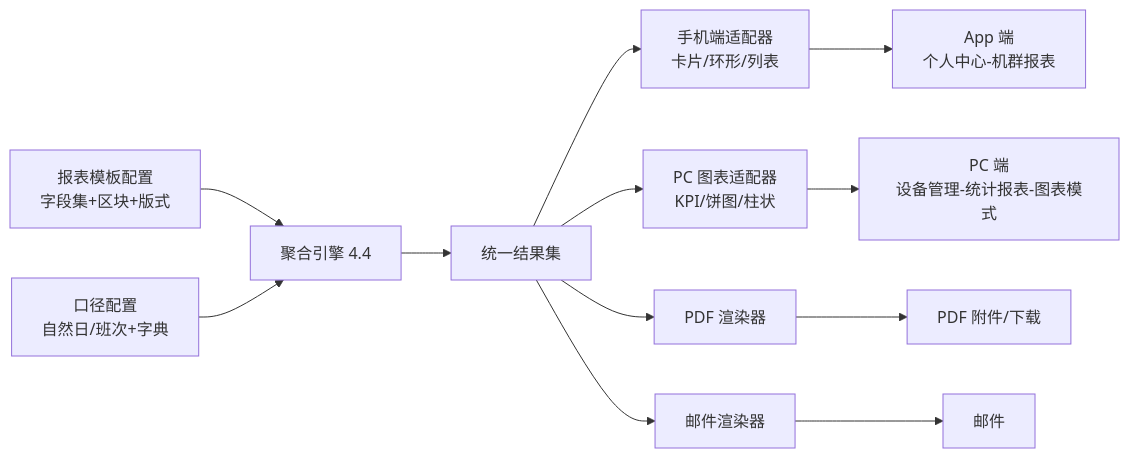
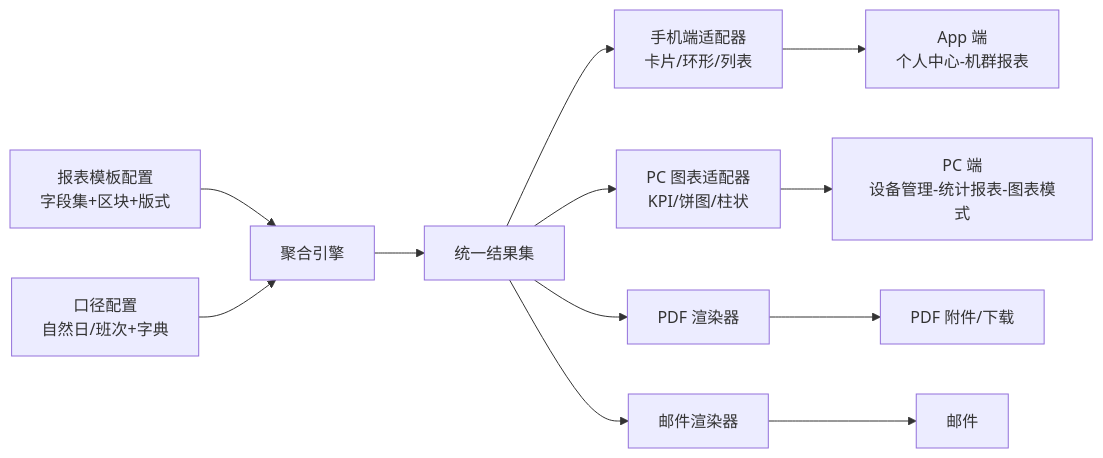
Before and after one commit to nametp1/xiangmubaogao: the third of 3 diagrams in 三一设备报表项目PRDv2.0.md, drawn with Mermaid. The commit also changed other lines of this file and 37 other files, not shown here.

````diff
--- a/三一设备报表项目PRDv2.0.md
+++ b/三一设备报表项目PRDv2.0.md
@@ -973,14 +575,14 @@
 ```mermaid
 flowchart LR
-    A[报表模板配置<br/>字段集+区块+版式] --> B[聚合引擎 4.4]
+    A[报表模板配置<br/>字段集+区块+版式] --> B[聚合引擎]
     C[口径配置<br/>自然日/班次+字典] --> B
     B --> D[统一结果集]
     D --> E[手机端适配器<br/>卡片/环形/列表]
     D --> F[PC 图表适配器<br/>KPI/饼图/柱状]
     D --> G[PDF 渲染器]
     D --> H[邮件渲染器]
     E --> I[App 端<br/>个人中心-机群报表]
     F --> J[PC 端<br/>设备管理-统计报表-图表模式]
     G --> K[PDF 附件/下载]
     H --> L[邮件]
 ```
````
